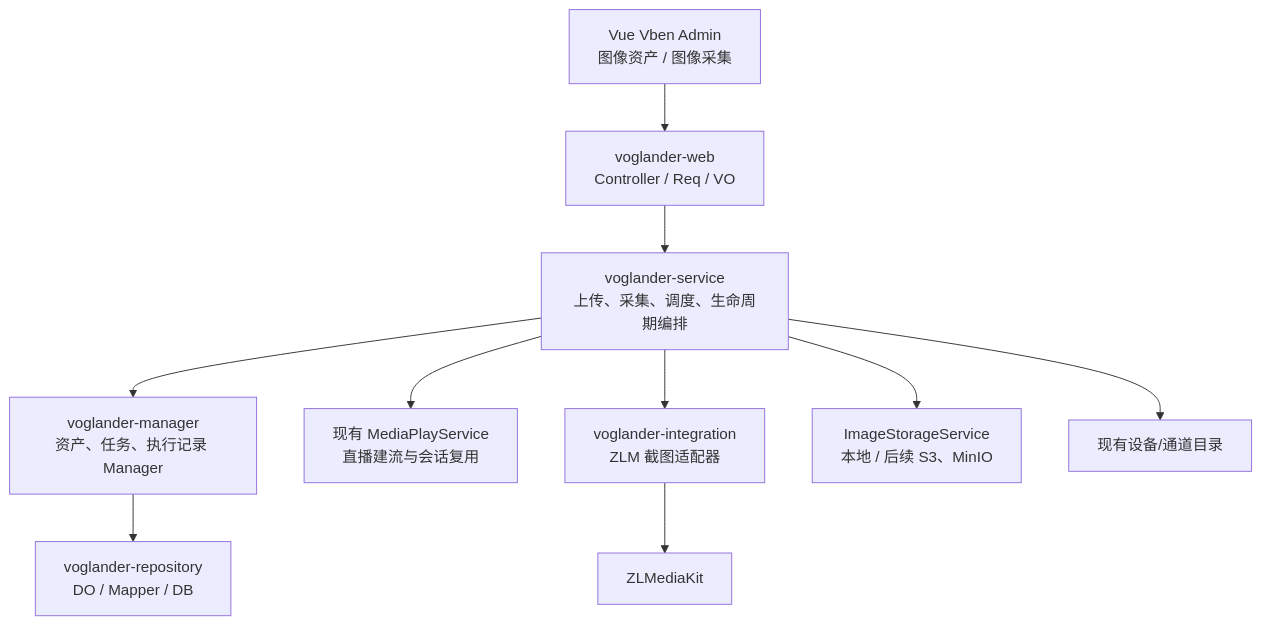
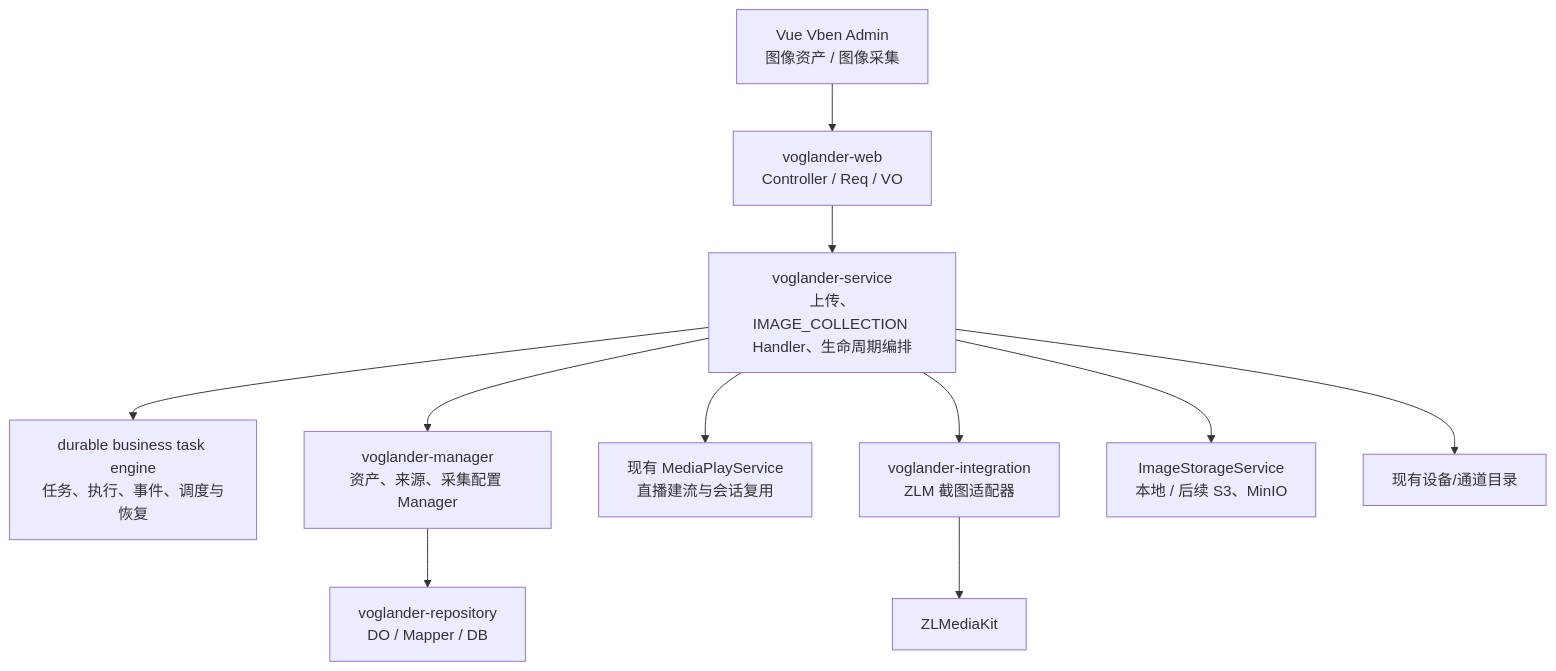
The first of 5 diagrams in docs/2026-07-14-voglander-image-asset-collection-design.md (lunasaw/voglander), drawn with Mermaid before and after one commit. The commit also changed other lines of this file and 16 other files, not shown here.

Commit message:
docs(task): design durable business task engine

````diff
--- a/docs/2026-07-14-voglander-image-asset-collection-design.md
+++ b/docs/2026-07-14-voglander-image-asset-collection-design.md
@@ -120,23 +124,25 @@
 ```mermaid
 flowchart TB
     WEB["Vue Vben Admin\n图像资产 / 图像采集"]
     API["voglander-web\nController / Req / VO"]
-    ORCH["voglander-service\n上传、采集、调度、生命周期编排"]
-    MANAGER["voglander-manager\n资产、任务、执行记录 Manager"]
+    ORCH["voglander-service\n上传、IMAGE_COLLECTION Handler、生命周期编排"]
+    TASK["durable business task engine\n任务、执行、事件、调度与恢复"]
+    MANAGER["voglander-manager\n资产、来源、采集配置 Manager"]
     REPO["voglander-repository\nDO / Mapper / DB"]
     MEDIA["现有 MediaPlayService\n直播建流与会话复用"]
     ADAPTER["voglander-integration\nZLM 截图适配器"]
     STORAGE["ImageStorageService\n本地 / 后续 S3、MinIO"]
     ZLM["ZLMediaKit"]
     DEVICE["现有设备/通道目录"]
 
     WEB --> API
     API --> ORCH
+    ORCH --> TASK
     ORCH --> MANAGER
     MANAGER --> REPO
     ORCH --> DEVICE
     ORCH --> MEDIA
     ORCH --> ADAPTER
     ADAPTER --> ZLM
     ORCH --> STORAGE
 ```
````
